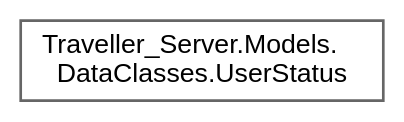
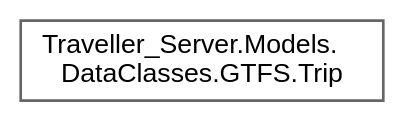
The diagram in Servidor/inherit_graph_44.dot (VenelinArgirov/manual-tecnico.github.io), drawn with Graphviz before and after one commit. The commit also changed 539 other files, not shown here.

```diff
--- a/Servidor/inherit_graph_44.dot
+++ b/Servidor/inherit_graph_44.dot
@@ -1,9 +1,9 @@
 digraph "Graphical Class Hierarchy"
 {
  // LATEX_PDF_SIZE
   bgcolor="transparent";
   edge [fontname=Helvetica,fontsize=10,labelfontname=Helvetica,labelfontsize=10];
   node [fontname=Helvetica,fontsize=10,shape=box,height=0.2,width=0.4];
   rankdir="LR";
-  Node0 [label="Traveller_Server.Models.\lDataClasses.UserStatus",height=0.2,width=0.4,color="grey40", fillcolor="white", style="filled",URL="$class_traveller___server_1_1_models_1_1_data_classes_1_1_user_status.html",tooltip="Data class of user status. Represents the status of a user."];
+  Node0 [label="Traveller_Server.Models.\lDataClasses.GTFS.Trip",height=0.2,width=0.4,color="grey40", fillcolor="white", style="filled",URL="$class_traveller___server_1_1_models_1_1_data_classes_1_1_g_t_f_s_1_1_trip.html",tooltip="Class represents a trip in GTFS format."];
 }
```
